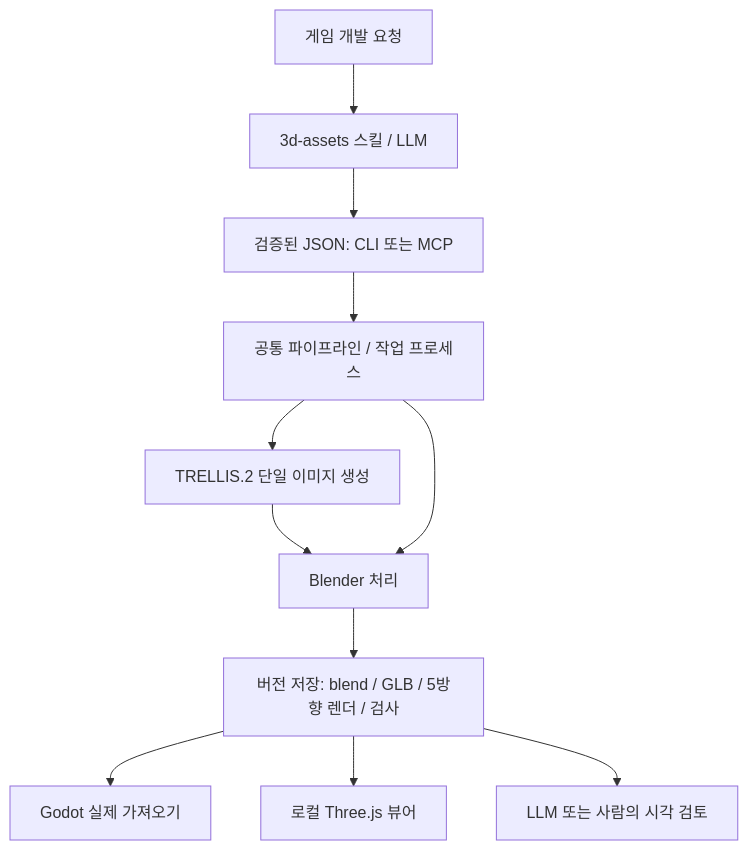
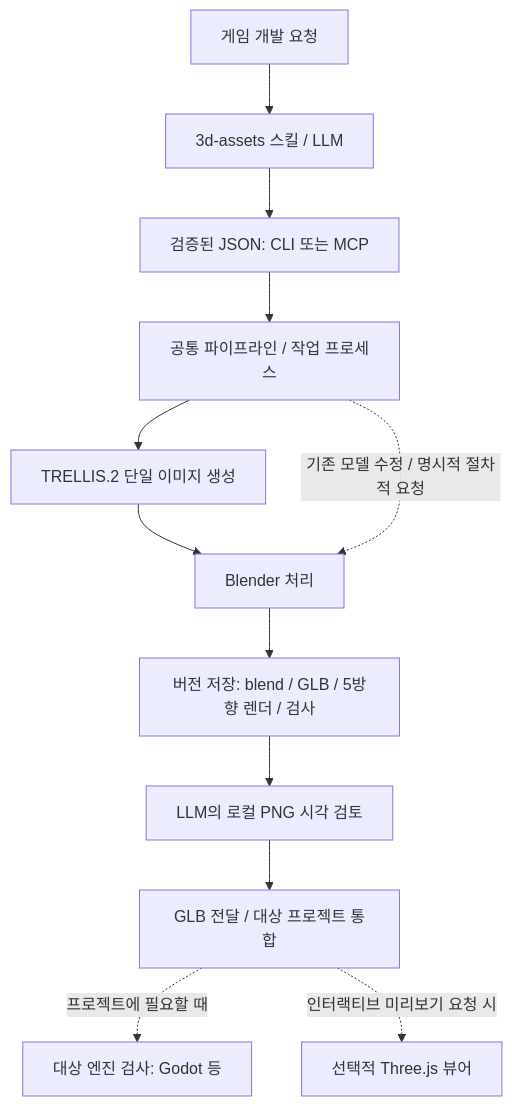
One commit to NA-DEGEN-GIRL/3d-asset-auto changed the diagram in docs/ARCHITECTURE.md. Above: the diagram before and after it, drawn with Mermaid. The commit also changed other lines of this file and 13 other files, not shown here.

````diff
--- a/docs/ARCHITECTURE.md
+++ b/docs/ARCHITECTURE.md
@@ -5,13 +5,14 @@
 ```mermaid
 flowchart TD
     A[게임 개발 요청] --> B[3d-assets 스킬 / LLM]
     B --> C[검증된 JSON: CLI 또는 MCP]
     C --> D[공통 파이프라인 / 작업 프로세스]
     D --> E[TRELLIS.2 단일 이미지 생성]
     E --> F[Blender 처리]
-    D --> F
+    D -. 기존 모델 수정 / 명시적 절차적 요청 .-> F
     F --> G[버전 저장: blend / GLB / 5방향 렌더 / 검사]
-    G --> H[Godot 실제 가져오기]
-    G --> I[로컬 Three.js 뷰어]
-    G --> J[LLM 또는 사람의 시각 검토]
+    G --> J[LLM의 로컬 PNG 시각 검토]
+    J --> K[GLB 전달 / 대상 프로젝트 통합]
+    K -. 프로젝트에 필요할 때 .-> H[대상 엔진 검사: Godot 등]
+    K -. 인터랙티브 미리보기 요청 시 .-> I[선택적 Three.js 뷰어]
 ```
````
